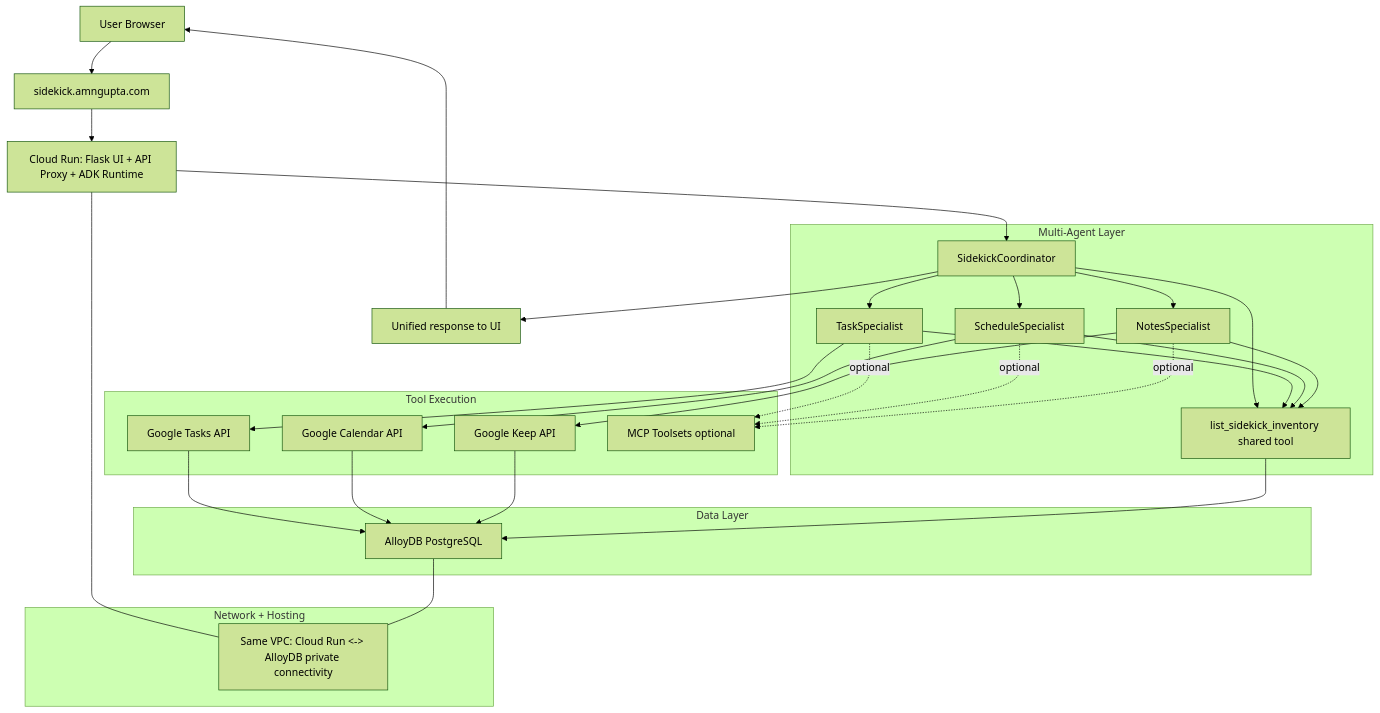
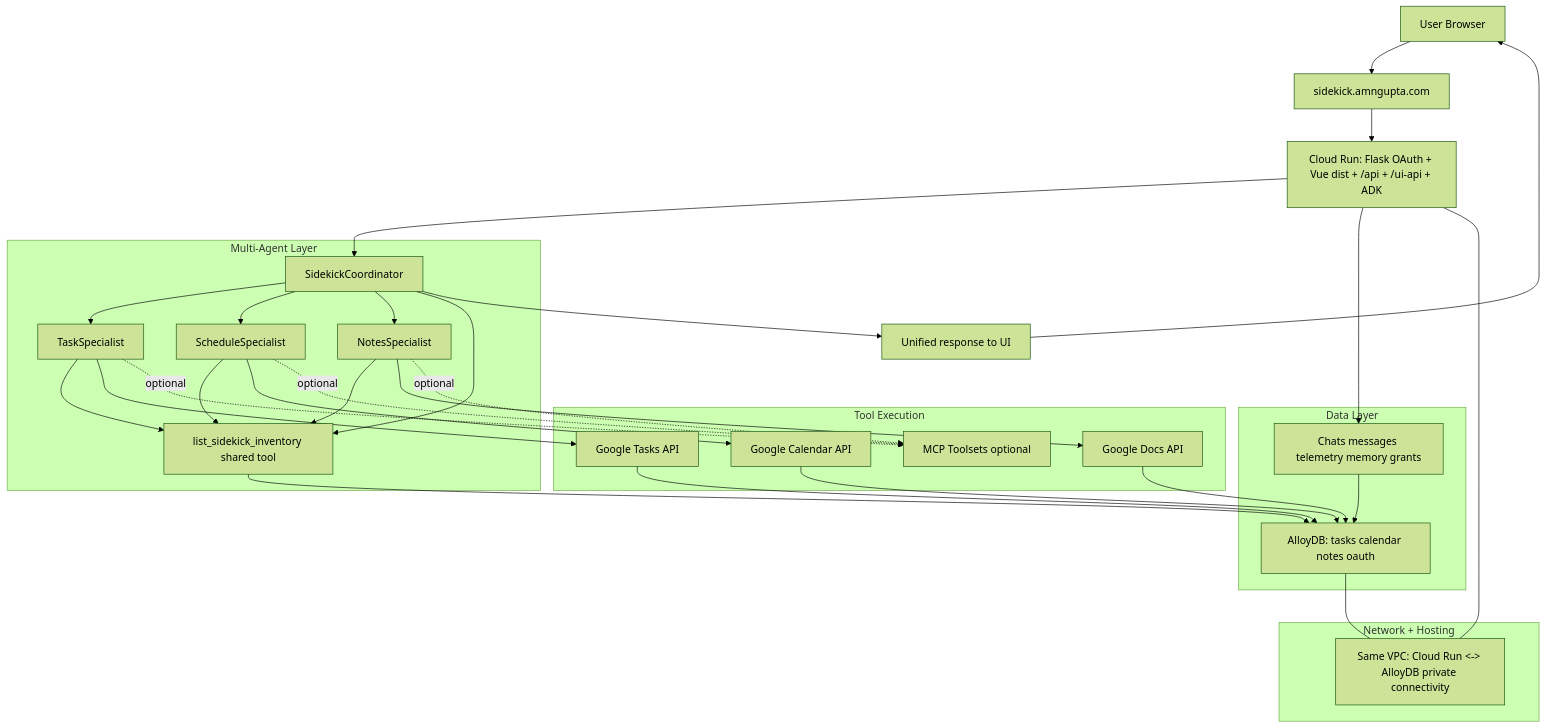
One commit to bolleyboll/h2s-google-genai-apac-cohort1-final changed the fourth of 10 diagrams in README.md. Above: the diagram before and after it, drawn with Mermaid (forest theme). The commit also changed other lines of this file and 70 other files, not shown here.

````diff
--- a/README.md
+++ b/README.md
@@ -187,55 +201,58 @@
 ```mermaid
 flowchart TB
   U[User Browser] --> D[sidekick.amngupta.com]
-  D --> CR[Cloud Run: Flask UI + API Proxy + ADK Runtime]
+  D --> CR[Cloud Run: Flask OAuth + Vue dist + /api + /ui-api + ADK]
 
   subgraph AGENTS[Multi-Agent Layer]
     COORD[SidekickCoordinator]
     TS[TaskSpecialist]
     SS[ScheduleSpecialist]
     NS[NotesSpecialist]
     INV[list_sidekick_inventory shared tool]
     COORD --> TS
     COORD --> SS
     COORD --> NS
     COORD --> INV
     TS --> INV
     SS --> INV
     NS --> INV
   end
 
   CR --> COORD
 
   subgraph TOOLS[Tool Execution]
     GT[Google Tasks API]
     GC[Google Calendar API]
-    GK[Google Keep API]
+    GD[Google Docs API]
     MCP[MCP Toolsets optional]
   end
 
   TS --> GT
   SS --> GC
-  NS --> GK
+  NS --> GD
   TS -. optional .-> MCP
   SS -. optional .-> MCP
   NS -. optional .-> MCP
 
   subgraph DATA[Data Layer]
-    ADB[AlloyDB PostgreSQL]
+    ADB[AlloyDB: tasks calendar notes oauth]
+    CHAT[Chats messages telemetry memory grants]
   end
 
   GT --> ADB
   GC --> ADB
-  GK --> ADB
+  GD --> ADB
   INV --> ADB
+  CR --> CHAT
+  CHAT --> ADB
 
   subgraph NET[Network + Hosting]
     VPC[Same VPC: Cloud Run <-> AlloyDB private connectivity]
   end
 
   CR --- VPC
   ADB --- VPC
 
   COORD --> OUT[Unified response to UI]
   OUT --> U
 ```
````
